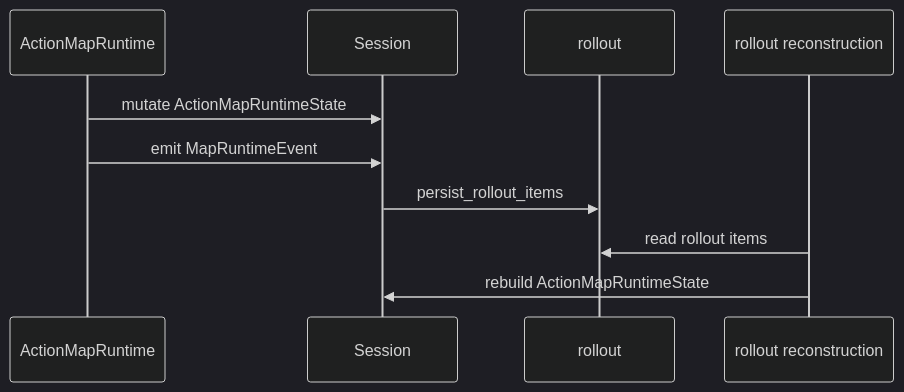
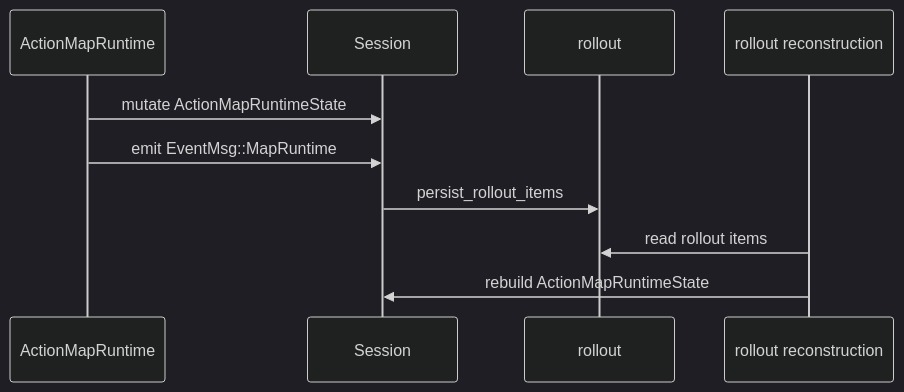
Before and after one commit to ceasarXuu/WhaleCode: the third of 4 diagrams in docs/plans/2026-05-01-action-map-runtime-engineering-design.md, drawn with Mermaid (dark theme). The commit also changed other lines of this file and 1 other file, not shown here.

Commit message:
docs: correct action map engineering hooks

````diff
--- a/docs/plans/2026-05-01-action-map-runtime-engineering-design.md
+++ b/docs/plans/2026-05-01-action-map-runtime-engineering-design.md
@@ -161,13 +163,13 @@
 ```mermaid
 sequenceDiagram
     participant Runtime as ActionMapRuntime
     participant Session as Session
     participant Rollout as rollout
     participant Resume as rollout reconstruction
 
     Runtime->>Session: mutate ActionMapRuntimeState
-    Runtime->>Session: emit MapRuntimeEvent
+    Runtime->>Session: emit EventMsg::MapRuntime
     Session->>Rollout: persist_rollout_items
     Resume->>Rollout: read rollout items
     Resume->>Session: rebuild ActionMapRuntimeState
 ```
````
